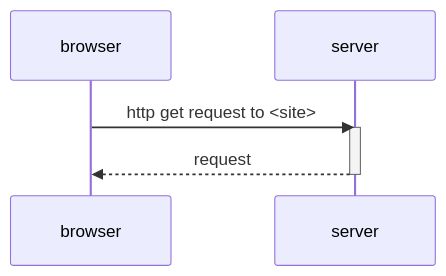
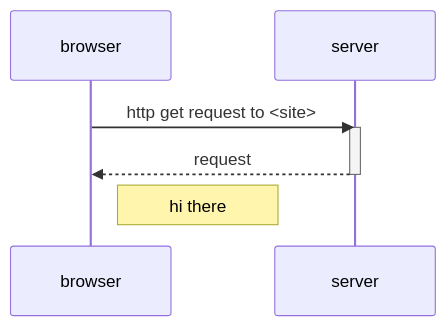
One commit to ThePyWizard/fullstack changed the diagram in part0/ex_0.4.md. Above: the diagram before and after it, drawn with Mermaid.

Commit message:
edited again

````diff
--- a/part0/ex_0.4.md
+++ b/part0/ex_0.4.md
@@ -1,11 +1,11 @@
 ```mermaid
 sequenceDiagram
     participant browser
     participant server
     
     browser->>server : http get request to <site>
     activate server
     server-->>browser: request
     deactivate server
-    
+    Note right of browser: hi there
 ```
````
